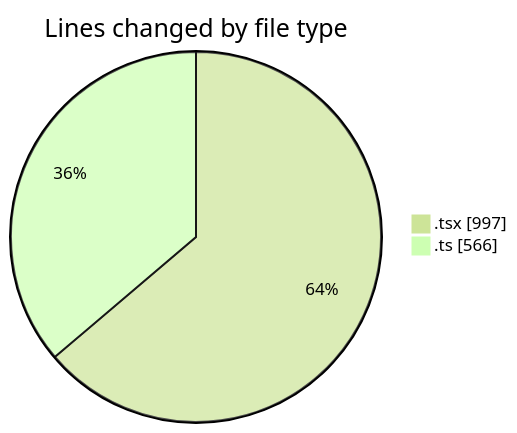
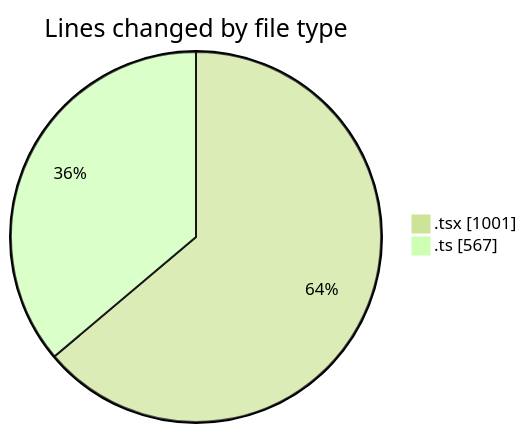
Before and after one commit to momahboobian/code-tracking: the first of 2 diagrams in 2025-07-11/cda/README.md, drawn with Mermaid (forest theme). The commit also changed other lines of this file and 1 other file, not shown here.

````diff
--- a/2025-07-11/cda/README.md
+++ b/2025-07-11/cda/README.md
@@ -25,6 +25,6 @@
 ```mermaid
 pie showData
 title Lines changed by file type
-".tsx" : 997
-".ts" : 566
+".tsx" : 1001
+".ts" : 567
 ```
````
